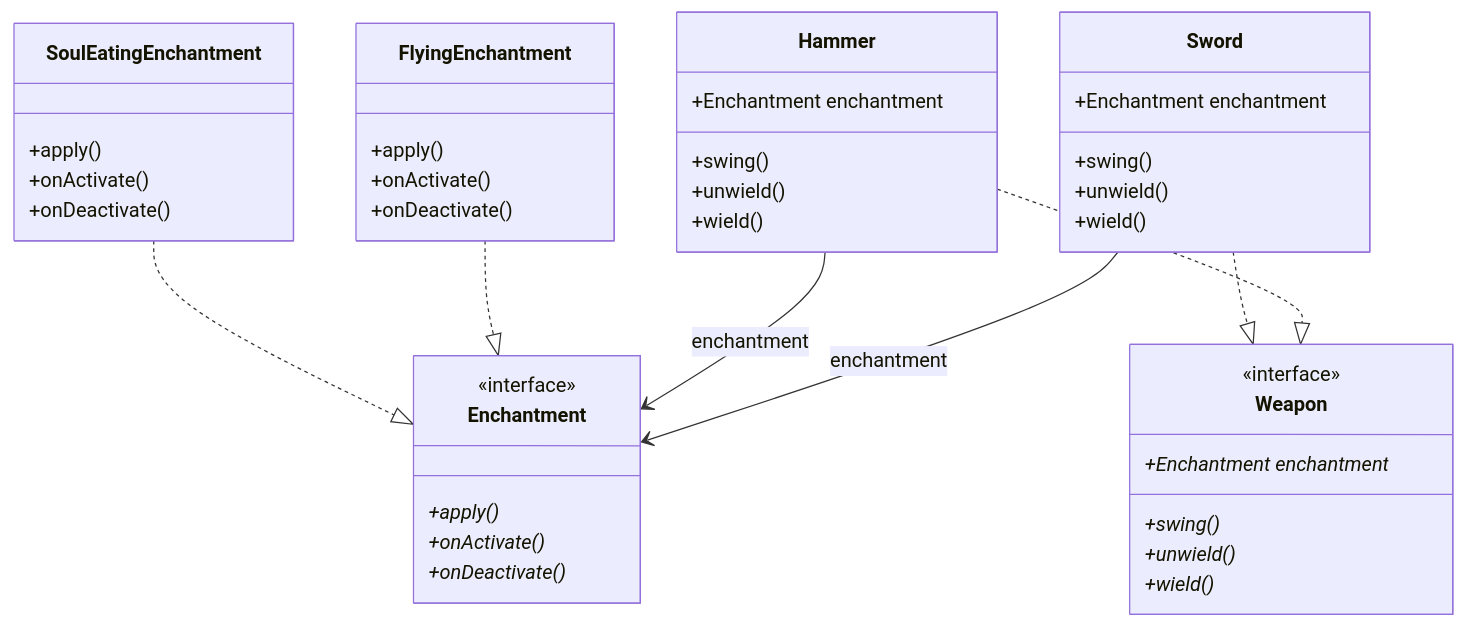
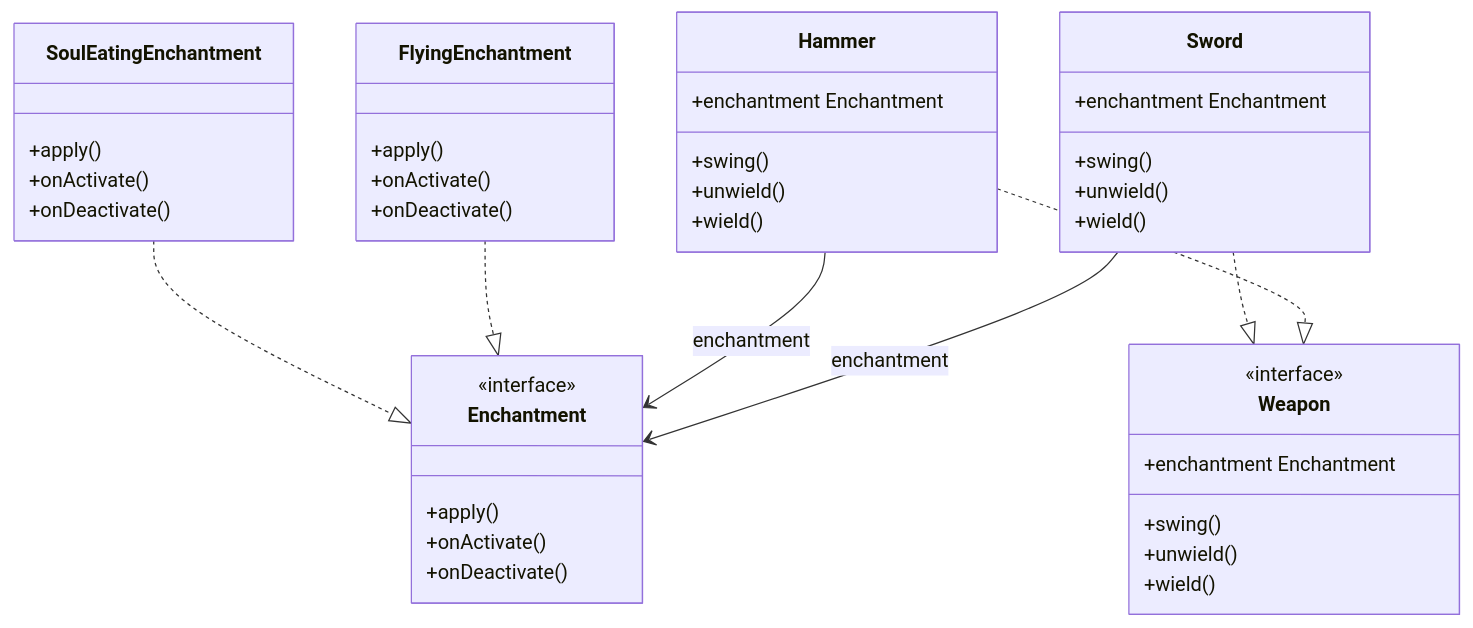
The second of 2 diagrams in bridge/README.md (yonatankarp/kotlin-design-patterns), drawn with Mermaid before and after one commit. The commit also changed other lines of this file and 7 other files, not shown here.

````diff
--- a/bridge/README.md
+++ b/bridge/README.md
@@ -162,44 +177,44 @@
 ```mermaid
 classDiagram
     class Enchantment {
         <<interface>>
-        +apply()*
-        +onActivate()*
-        +onDeactivate()*
+        +apply()
+        +onActivate()
+        +onDeactivate()
     }
     class FlyingEnchantment {
         +apply()
         +onActivate()
         +onDeactivate()
     }
     class SoulEatingEnchantment {
         +apply()
         +onActivate()
         +onDeactivate()
     }
     class Weapon {
         <<interface>>
-        +Enchantment enchantment*
-        +swing()*
-        +unwield()*
-        +wield()*
+        +enchantment Enchantment
+        +swing()
+        +unwield()
+        +wield()
     }
     class Sword {
-        +Enchantment enchantment
+        +enchantment Enchantment
         +swing()
         +unwield()
         +wield()
     }
     class Hammer {
-        +Enchantment enchantment
+        +enchantment Enchantment
         +swing()
         +unwield()
         +wield()
     }
     Sword --> Enchantment : enchantment
     Hammer --> Enchantment : enchantment
     FlyingEnchantment ..|> Enchantment
     Hammer ..|> Weapon
     SoulEatingEnchantment ..|> Enchantment
     Sword ..|> Weapon
 ```
````
